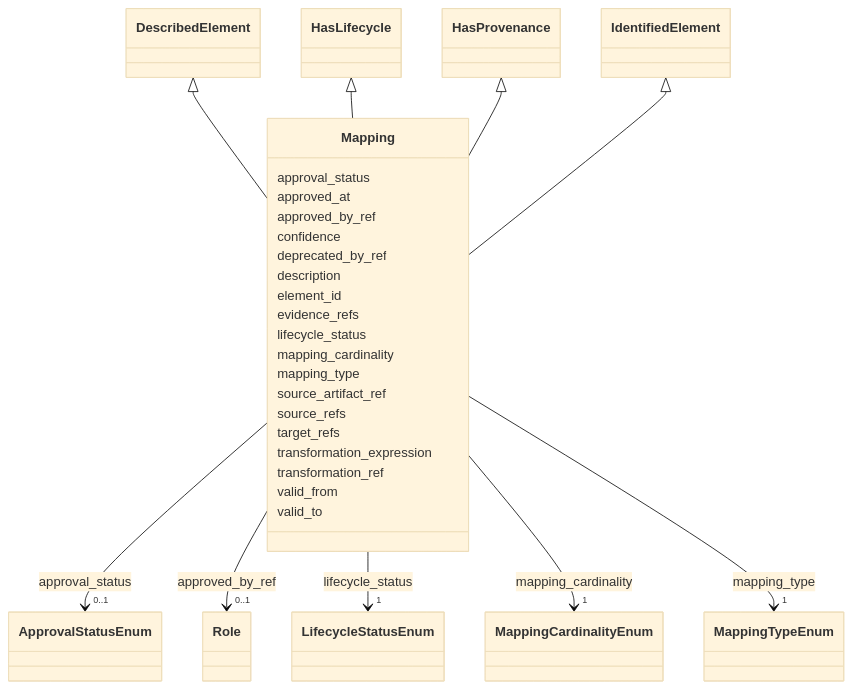
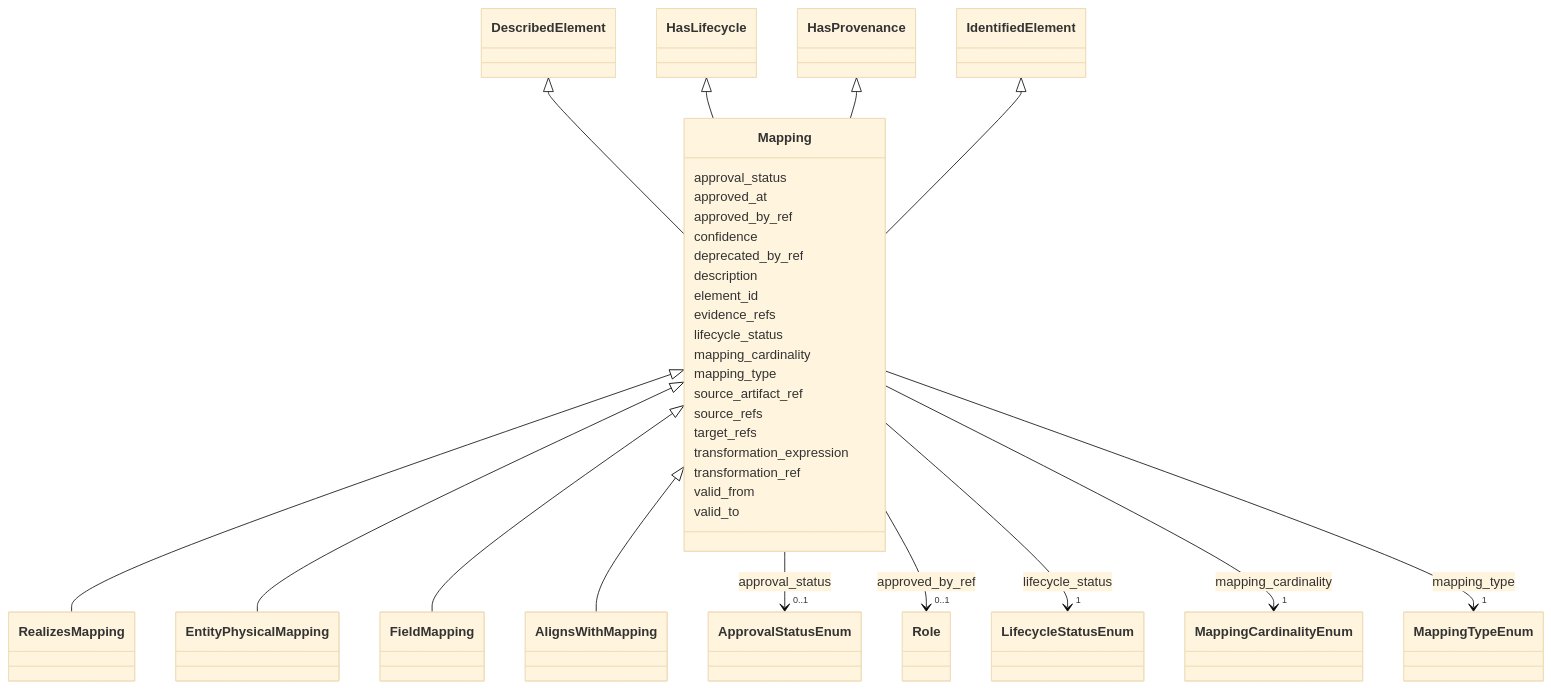
The diagram in generated/artifacts/moex-dams/0.1/diagrams/Mapping.md (oista/moex-data-model), drawn with Mermaid (base theme) before and after one commit. The commit also changed 25 other files, not shown here.

First line of the commit message:
feat(schema): typed Mapping subclasses and collections (ADR-046 PR-1)

```diff
--- a/generated/artifacts/moex-dams/0.1/diagrams/Mapping.md
+++ b/generated/artifacts/moex-dams/0.1/diagrams/Mapping.md
@@ -14,6 +14,17 @@
       IdentifiedElement <|-- Mapping
         click IdentifiedElement href "../IdentifiedElement"
       
+
+      Mapping <|-- RealizesMapping
+        click RealizesMapping href "../RealizesMapping"
+      Mapping <|-- EntityPhysicalMapping
+        click EntityPhysicalMapping href "../EntityPhysicalMapping"
+      Mapping <|-- FieldMapping
+        click FieldMapping href "../FieldMapping"
+      Mapping <|-- AlignsWithMapping
+        click AlignsWithMapping href "../AlignsWithMapping"
+      
+
       Mapping : approval_status
         
           
```
